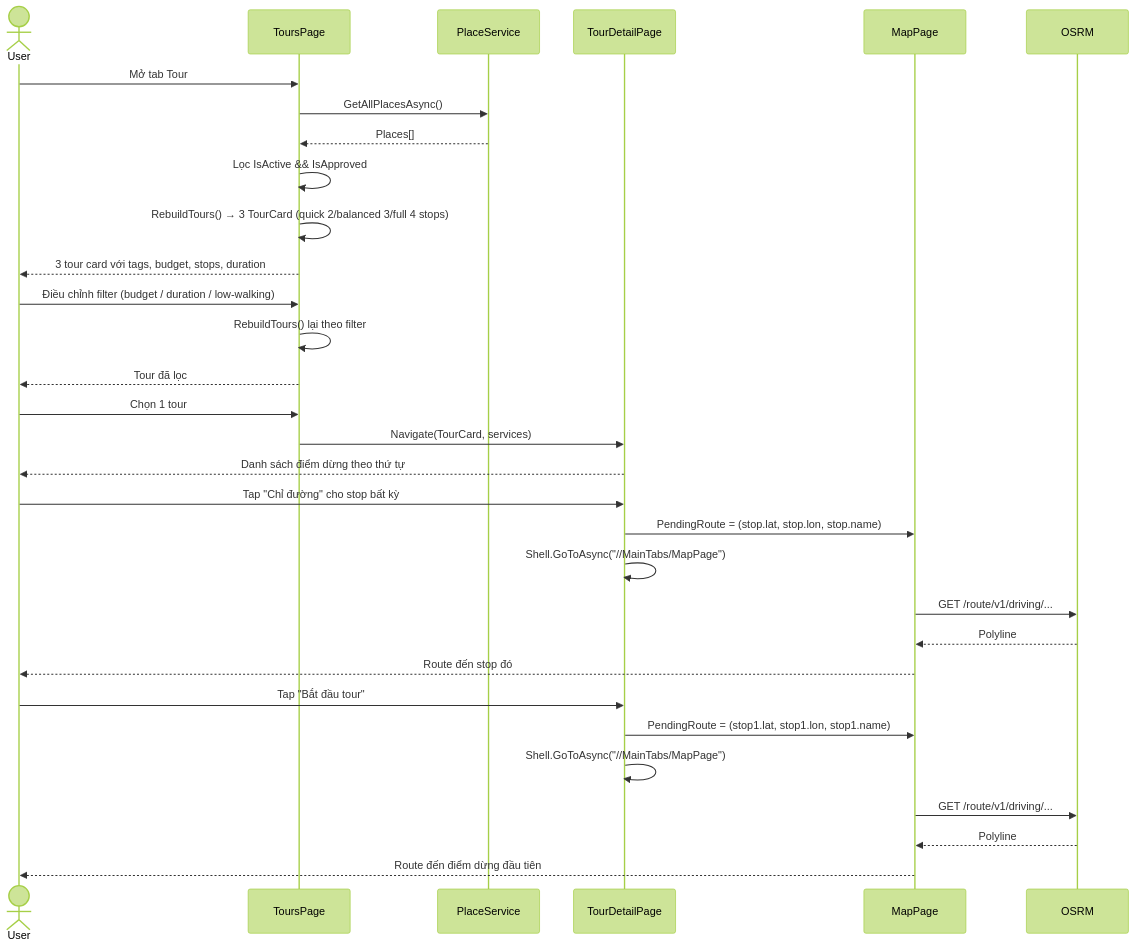
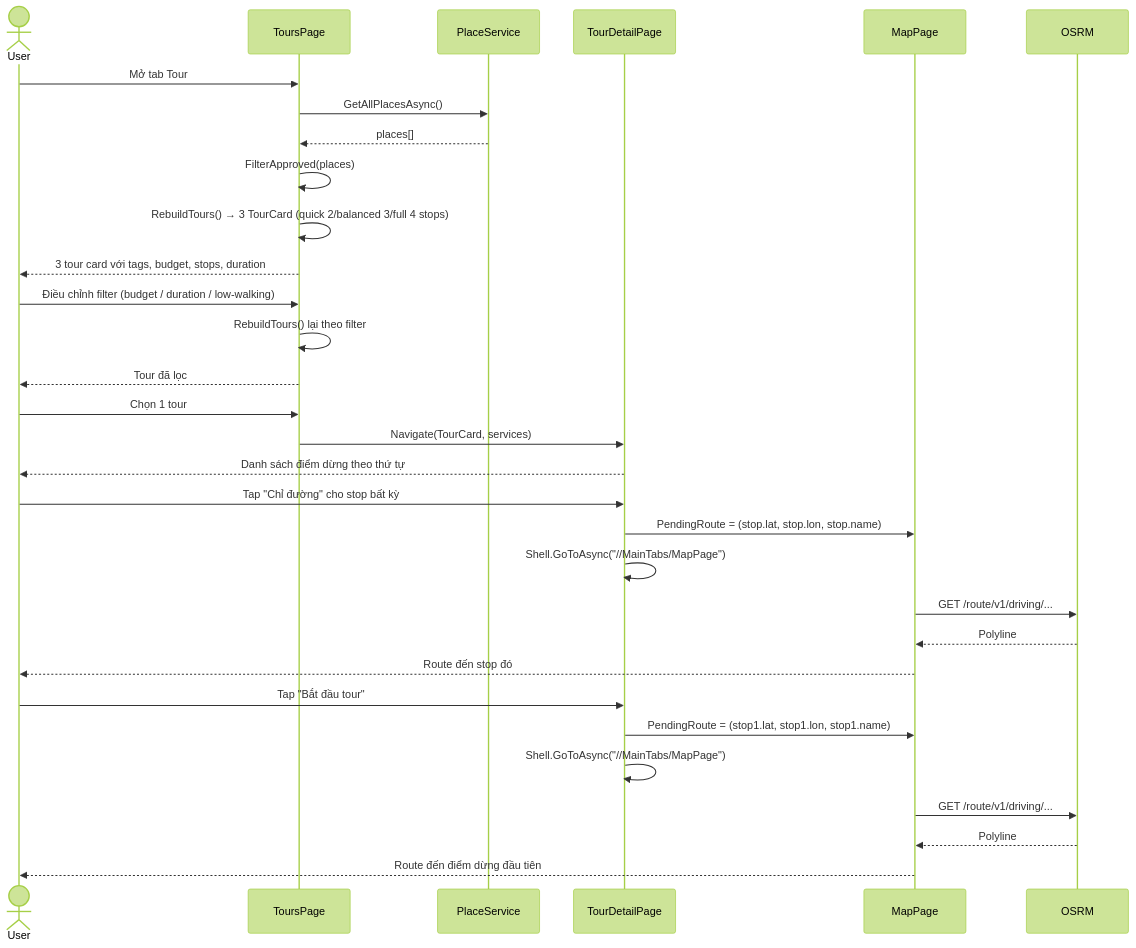
Before and after one commit to MTai55/csharp: diagram 12 of 27 in PRD.md, drawn with Mermaid (forest theme). The commit also changed other lines of this file, not shown here.

Commit message:
Sửa Sequence trong prd

````diff
--- a/PRD.md
+++ b/PRD.md
@@ -1661,38 +1717,38 @@
 ```mermaid
 sequenceDiagram
     actor User
     participant ToursPage
     participant PlaceService
     participant TDP as TourDetailPage
     participant MapPage
     participant OSRM
 
     User->>ToursPage: Mở tab Tour
     ToursPage->>PlaceService: GetAllPlacesAsync()
-    PlaceService-->>ToursPage: Places[]
-    ToursPage->>ToursPage: Lọc IsActive && IsApproved
+    PlaceService-->>ToursPage: places[]
+    ToursPage->>ToursPage: FilterApproved(places)
     ToursPage->>ToursPage: RebuildTours() → 3 TourCard (quick 2/balanced 3/full 4 stops)
     ToursPage-->>User: 3 tour card với tags, budget, stops, duration
 
     User->>ToursPage: Điều chỉnh filter (budget / duration / low-walking)
     ToursPage->>ToursPage: RebuildTours() lại theo filter
     ToursPage-->>User: Tour đã lọc
 
     User->>ToursPage: Chọn 1 tour
     ToursPage->>TDP: Navigate(TourCard, services)
     TDP-->>User: Danh sách điểm dừng theo thứ tự
 
     User->>TDP: Tap "Chỉ đường" cho stop bất kỳ
     TDP->>MapPage: PendingRoute = (stop.lat, stop.lon, stop.name)
     TDP->>TDP: Shell.GoToAsync("//MainTabs/MapPage")
     MapPage->>OSRM: GET /route/v1/driving/...
     OSRM-->>MapPage: Polyline
     MapPage-->>User: Route đến stop đó
 
     User->>TDP: Tap "Bắt đầu tour"
     TDP->>MapPage: PendingRoute = (stop1.lat, stop1.lon, stop1.name)
     TDP->>TDP: Shell.GoToAsync("//MainTabs/MapPage")
     MapPage->>OSRM: GET /route/v1/driving/...
     OSRM-->>MapPage: Polyline
     MapPage-->>User: Route đến điểm dừng đầu tiên
 ```
````
